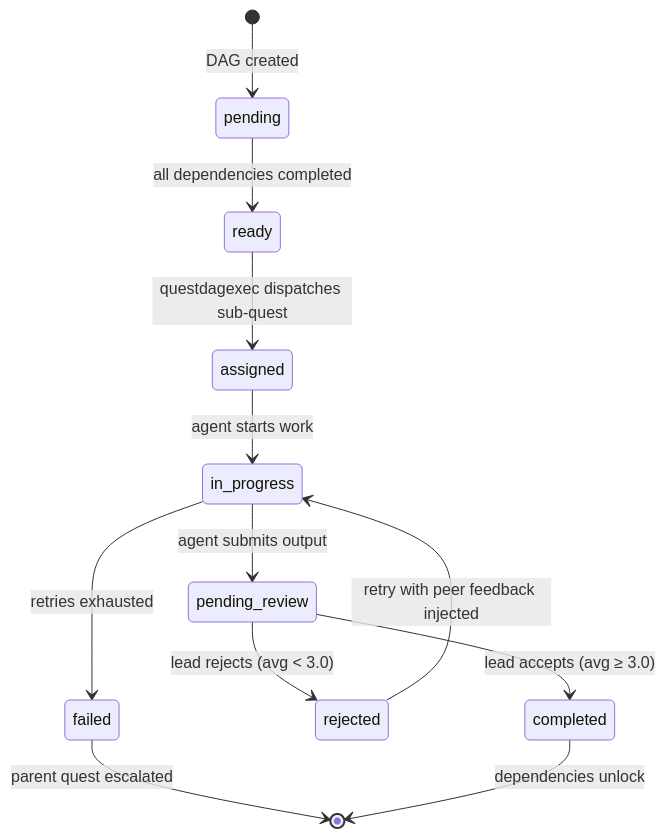
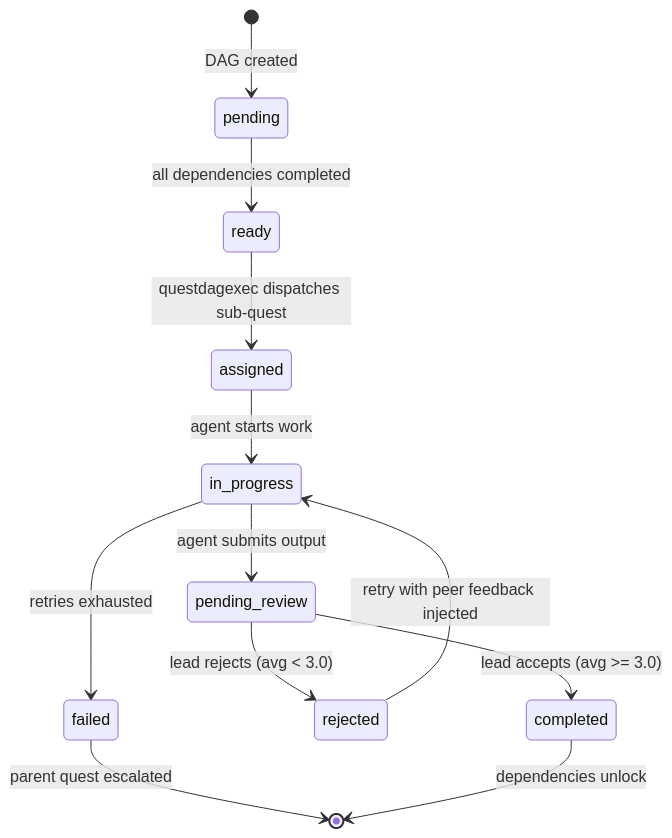
Before and after one commit to C360Studio/semdragon: the diagram in docs/04-PARTIES.md, drawn with Mermaid. The commit also changed other lines of this file and 7 other files, not shown here.

````diff
--- a/docs/04-PARTIES.md
+++ b/docs/04-PARTIES.md
@@ -237,14 +202,14 @@
 ```mermaid
 stateDiagram-v2
     [*] --> pending : DAG created
     pending --> ready : all dependencies completed
     ready --> assigned : questdagexec dispatches sub-quest
     assigned --> in_progress : agent starts work
     in_progress --> pending_review : agent submits output
-    pending_review --> completed : lead accepts (avg ≥ 3.0)
+    pending_review --> completed : lead accepts (avg >= 3.0)
     pending_review --> rejected : lead rejects (avg < 3.0)
     rejected --> in_progress : retry with peer feedback injected
     in_progress --> failed : retries exhausted
     failed --> [*] : parent quest escalated
     completed --> [*] : dependencies unlock
 ```
````
